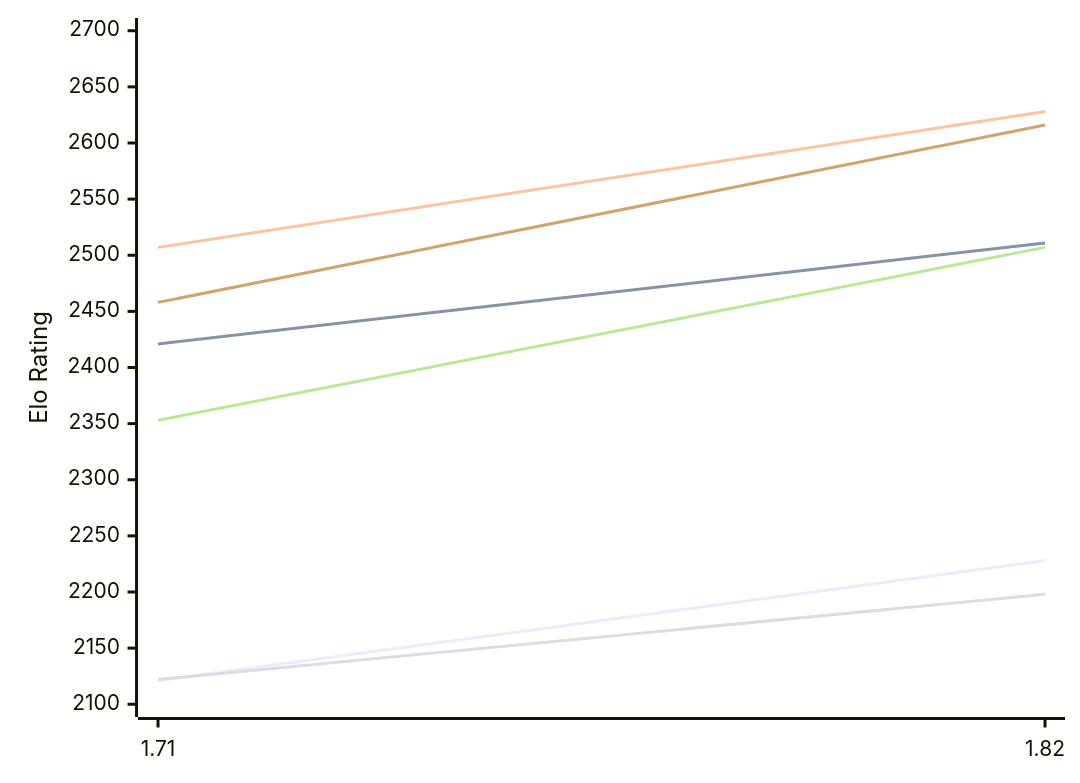
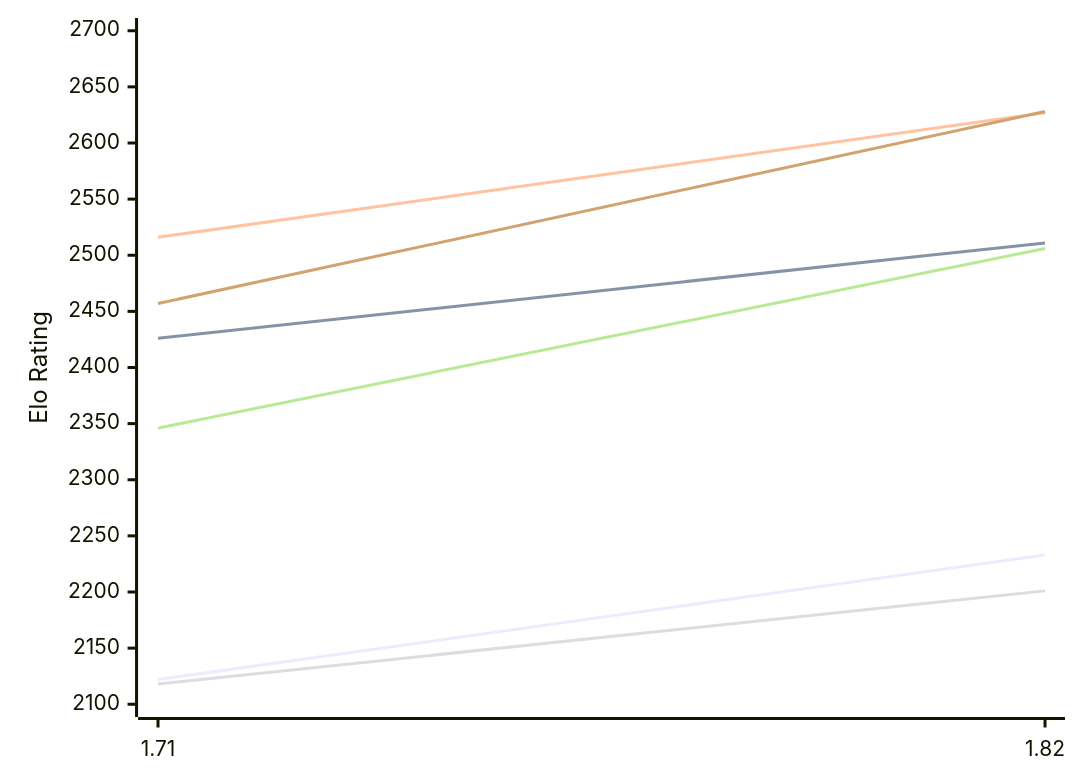
One commit to computer-chess-index/cci changed the first of 2 diagrams in engines/Amira.md. Above: the diagram before and after it, drawn with Mermaid. The commit also changed other lines of this file, not shown here.

Commit message:
Update CCI Ratings (ELO VLTC) - 2026-11-26

````diff
--- a/engines/Amira.md
+++ b/engines/Amira.md
@@ -50,12 +50,12 @@
 ```mermaid
 %%{init: {"theme":"base","themeVariables":{"seriesColors:['#a3a3a3','#222221','#faa371']}}}%%
 xychart-beta
   x-axis ["1.71", "1.82"]
   y-axis "Elo Rating" 2100 --> 2700
-  line "E1: STC (8.0+0.08s)" [2121, 2228]
-  line "E1: LTC (60.0+0.60s)" [2421, 2511]
-  line "E1: VLTC (2m24s+1.12s)" [2507, 2628]
-  line "P1: STC (8.0+0.08s)" [2122, 2198]
-  line "P1: LTC (60.0+0.60s)" [2353, 2507]
-  line "P1: VLTC (2m24s+1.12s)" [2458, 2616]
+  line "E1: STC (8.0+0.08s)" [2122, 2233]
+  line "E1: LTC (60.0+0.60s)" [2426, 2511]
+  line "E1: VLTC (2m24s+1.12s)" [2516, 2627]
+  line "P1: STC (8.0+0.08s)" [2118, 2201]
+  line "P1: LTC (60.0+0.60s)" [2346, 2506]
+  line "P1: VLTC (2m24s+1.12s)" [2457, 2628]
 ```
````
